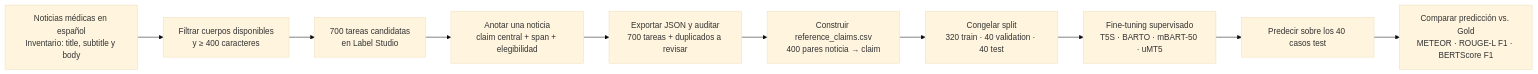
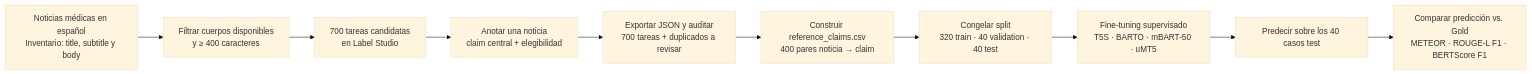
The diagram in README.md (RenzoAL7/latam-medical-misinformation-classification), drawn with Mermaid (base theme) before and after one commit. The commit also changed other lines of this file, not shown here.

Commit message:
docs: remove unused span from Sem1 contract

````diff
--- a/README.md
+++ b/README.md
@@ -68,15 +68,15 @@
 ```mermaid
 flowchart LR
     A["Noticias médicas en español<br/>Inventario: title, subtitle y body"]
     B["Filtrar cuerpos disponibles<br/>y ≥ 400 caracteres"]
     C["700 tareas candidatas<br/>en Label Studio"]
-    D["Anotar una noticia<br/>claim central + span + elegibilidad"]
+    D["Anotar una noticia<br/>claim central + elegibilidad"]
     E["Exportar JSON y auditar<br/>700 tareas + duplicados a revisar"]
     F["Construir reference_claims.csv<br/>400 pares noticia → claim"]
     G["Congelar split<br/>320 train · 40 validation · 40 test"]
     H["Fine-tuning supervisado<br/>T5S · BARTO · mBART-50 · uMT5"]
     I["Predecir sobre los 40 casos test"]
     J["Comparar predicción vs. Gold<br/>METEOR · ROUGE-L F1 · BERTScore F1"]
 
     A --> B --> C --> D --> E --> F --> G --> H --> I --> J
 ```
````
